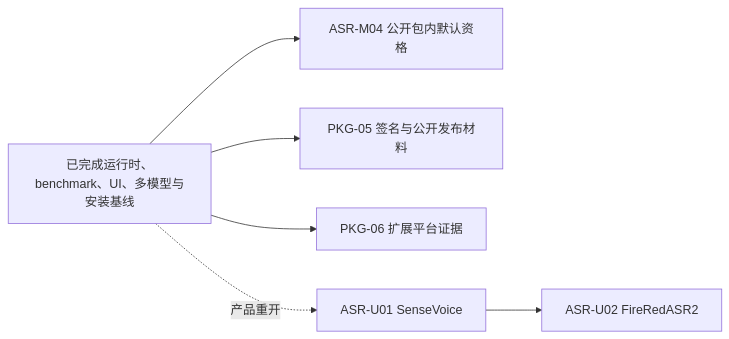
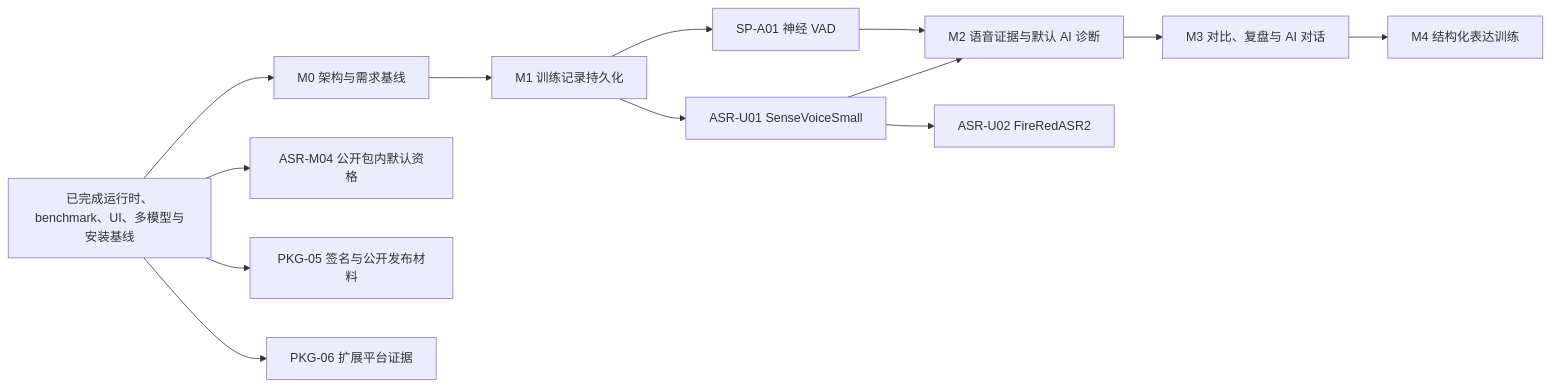
Before and after one commit to morigejile/expression-trainer-pro: the diagram in docs/roadmap.md, drawn with Mermaid. The commit also changed other lines of this file and 35 other files, not shown here.

````diff
--- a/docs/roadmap.md
+++ b/docs/roadmap.md
@@ -18,8 +18,15 @@
 ```mermaid
 flowchart LR
-  B[已完成运行时、benchmark、UI、多模型与安装基线] --> M4[ASR-M04 公开包内默认资格]
+  B[已完成运行时、benchmark、UI、多模型与安装基线] --> M0[M0 架构与需求基线]
+  M0 --> M1[M1 训练记录持久化]
+  M1 --> V1[SP-A01 神经 VAD]
+  M1 --> U1[ASR-U01 SenseVoiceSmall]
+  V1 --> M2[M2 语音证据与默认 AI 诊断]
+  U1 --> M2
+  M2 --> M3[M3 对比、复盘与 AI 对话]
+  M3 --> M4P[M4 结构化表达训练]
+  B --> M4[ASR-M04 公开包内默认资格]
   B --> P5[PKG-05 签名与公开发布材料]
   B --> P6[PKG-06 扩展平台证据]
-  B -. 产品重开 .-> U1[ASR-U01 SenseVoice]
   U1 --> U2[ASR-U02 FireRedASR2]
 ```
````
